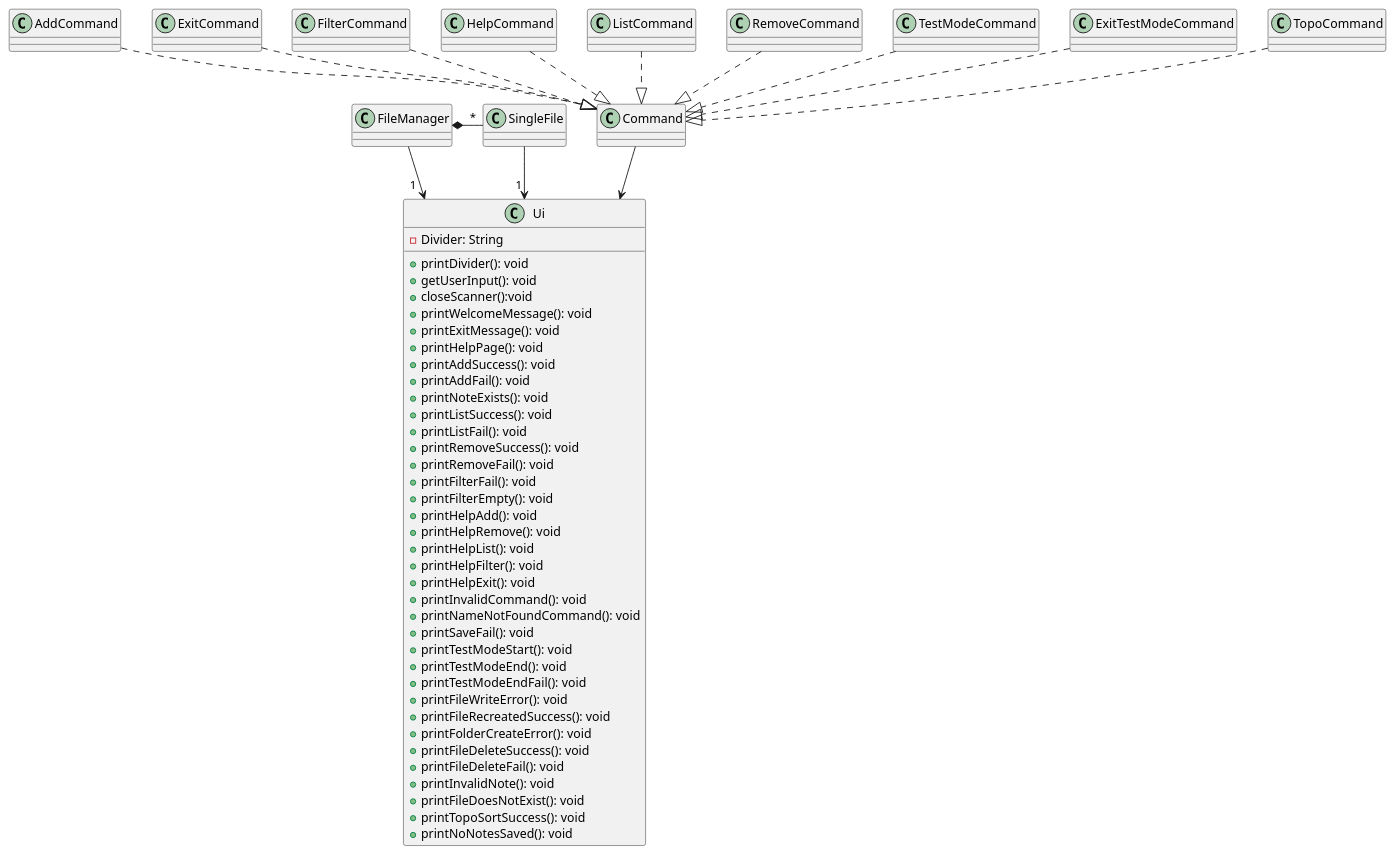
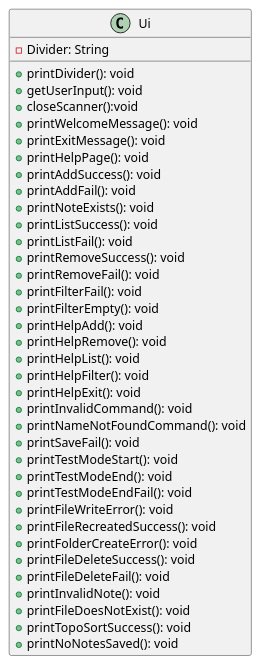
Before and after one commit to ong-ck/tp: the diagram in docs/uml/source-files/UiClass.puml, drawn with PlantUML.

Commit message:
Discard unrelated classes from Ui Class Diagram

```diff
--- a/docs/uml/source-files/UiClass.puml
+++ b/docs/uml/source-files/UiClass.puml
@@ -1,59 +1,43 @@
 @startuml
 'https://plantuml.com/class-diagram
 
 class Ui {
 -Divider: String
 +printDivider(): void
 +getUserInput(): void
 +closeScanner():void
 +printWelcomeMessage(): void
 +printExitMessage(): void
 +printHelpPage(): void
 +printAddSuccess(): void
 +printAddFail(): void
 +printNoteExists(): void
 +printListSuccess(): void
 +printListFail(): void
 +printRemoveSuccess(): void
 +printRemoveFail(): void
 +printFilterFail(): void
 +printFilterEmpty(): void
 +printHelpAdd(): void
 +printHelpRemove(): void
 +printHelpList(): void
 +printHelpFilter(): void
 +printHelpExit(): void
 +printInvalidCommand(): void
 +printNameNotFoundCommand(): void
 +printSaveFail(): void
 +printTestModeStart(): void
 +printTestModeEnd(): void
 +printTestModeEndFail(): void
 +printFileWriteError(): void
 +printFileRecreatedSuccess(): void
 +printFolderCreateError(): void
 +printFileDeleteSuccess(): void
 +printFileDeleteFail(): void
 +printInvalidNote(): void
 +printFileDoesNotExist(): void
 +printTopoSortSuccess(): void
 +printNoNotesSaved(): void
 }
 
-FileManager --> "1  " Ui
-FileManager *- "*" SingleFile
-SingleFile --> "1 " Ui
-
-Command --> Ui
-
-AddCommand ..|> Command
-ExitCommand ..|> Command
-FilterCommand ..|> Command
-HelpCommand ..|> Command
-ListCommand ..|> Command
-RemoveCommand ..|> Command
-TestModeCommand ..|> Command
-ExitTestModeCommand ..|> Command
-TopoCommand ..|> Command
-
 @enduml
```
